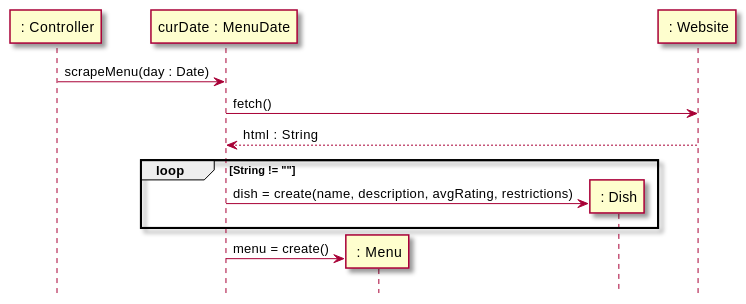
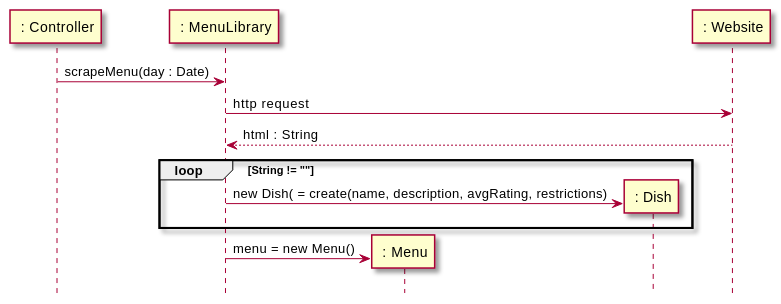
The third of 4 diagrams in intellij/doc/design.md (sashap100/Vassar-Dining-App), drawn with PlantUML before and after one commit. The commit also changed other lines of this file, not shown here.

Commit message:
Updated sequence diagrams to match new class diagram

````diff
--- a/intellij/doc/design.md
+++ b/intellij/doc/design.md
@@ -99,18 +99,17 @@
 ```plantuml
 skin rose
 hide footbox
 participant " : Controller" as controller
-participant "curDate : MenuDate" as date
+participant " : MenuLibrary" as menulib
 participant " : Menu" as menu
 participant " : Dish" as dish
 participant " : Website" as web
 
-controller -> date : scrapeMenu(day : Date)
-date -> web : fetch()
-web --> date : html : String
+controller -> menulib : scrapeMenu(day : Date)
+menulib -> web : http request
+web --> menulib : html : String
 loop String != ""
-date -> dish **: dish = create(name, description, avgRating, restrictions)
+menulib -> dish **: new Dish( = create(name, description, avgRating, restrictions)
 end
-
-date -> menu **: menu = create()
+menulib -> menu **: menu = new Menu()
 ```
````
